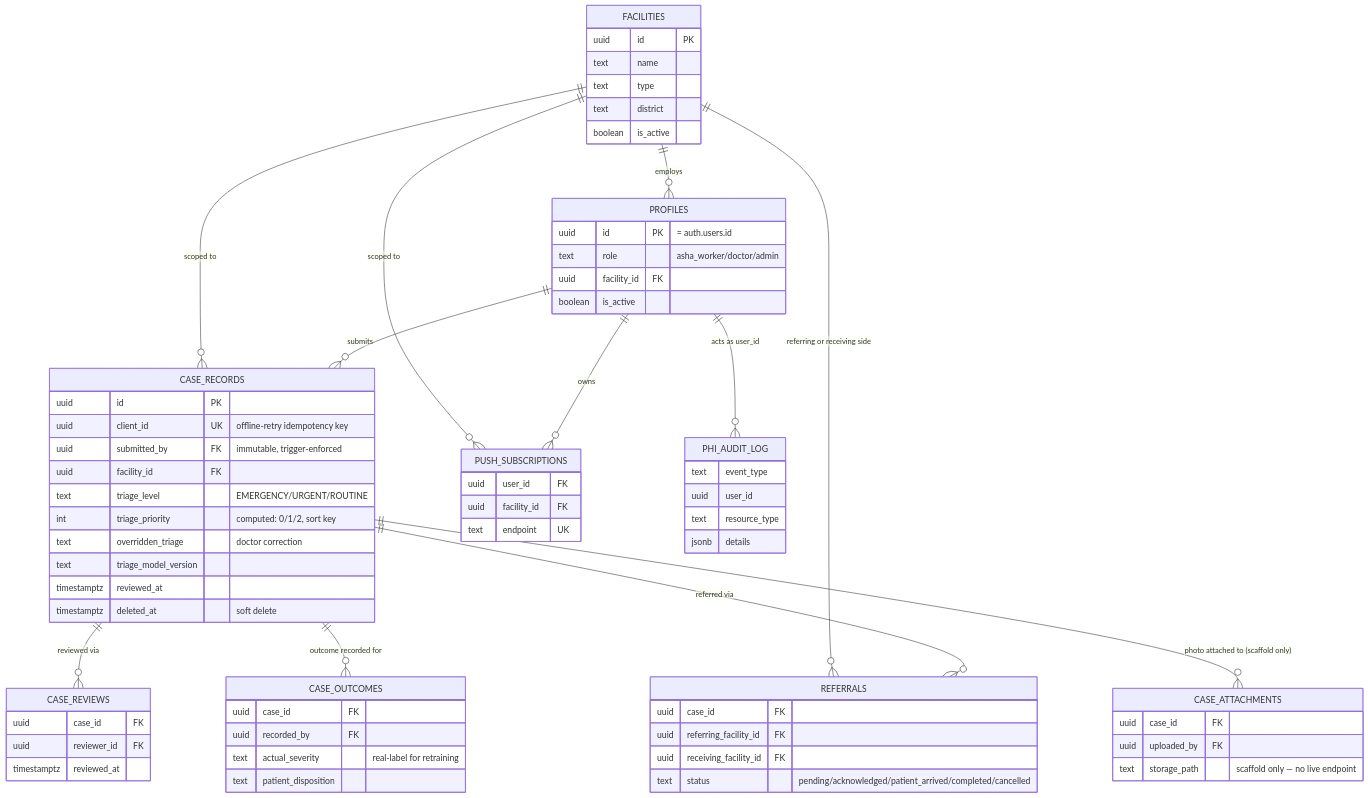
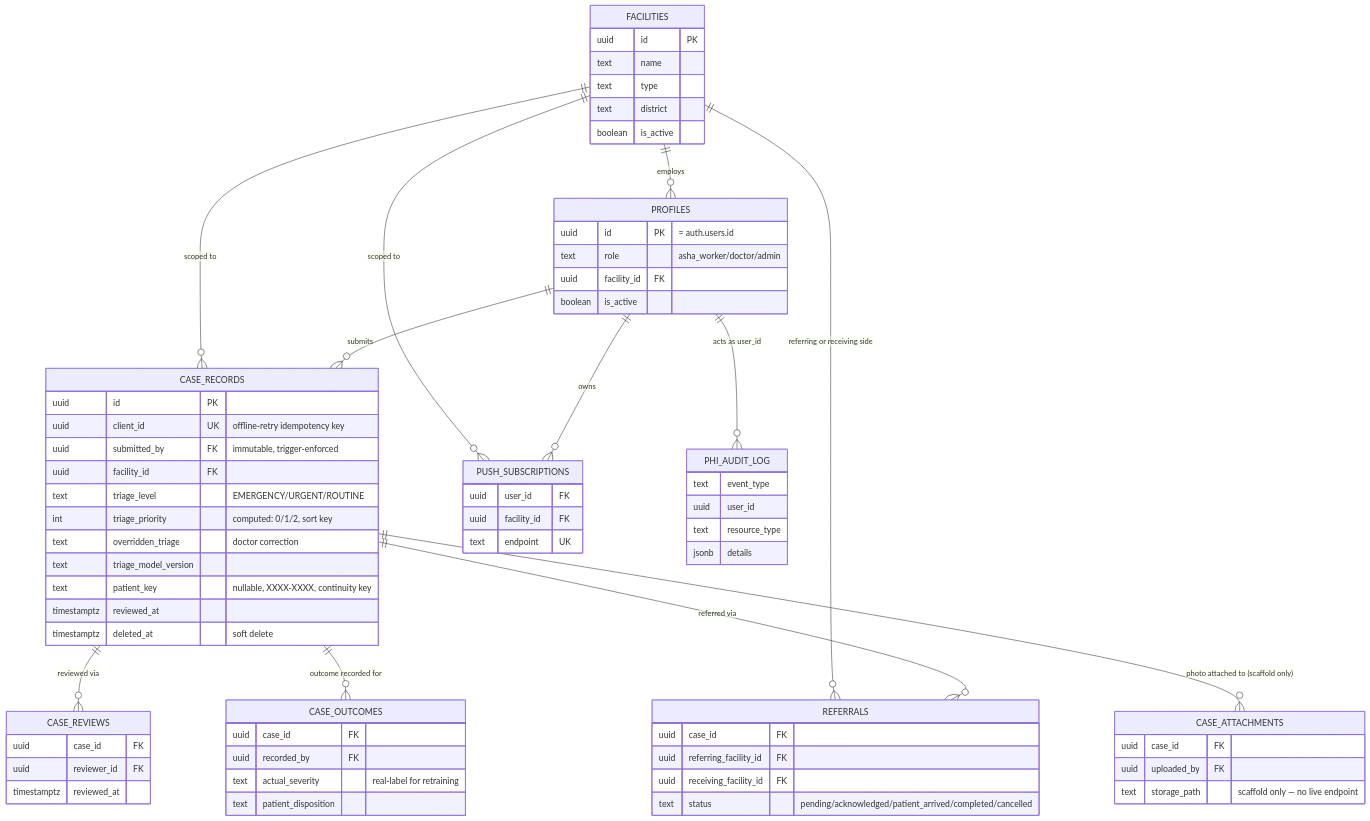
One commit to Lonely-Demon/VitalNet changed the third of 4 diagrams in CODEBASE_MAP.md. Above: the diagram before and after it, drawn with Mermaid. The commit also changed other lines of this file and 16 other files, not shown here.

````diff
--- a/CODEBASE_MAP.md
+++ b/CODEBASE_MAP.md
@@ -656,73 +674,74 @@
 ```mermaid
 erDiagram
     FACILITIES ||--o{ PROFILES : employs
     FACILITIES ||--o{ CASE_RECORDS : "scoped to"
     FACILITIES ||--o{ PUSH_SUBSCRIPTIONS : "scoped to"
     FACILITIES ||--o{ REFERRALS : "referring or receiving side"
     PROFILES ||--o{ CASE_RECORDS : submits
     PROFILES ||--o{ PUSH_SUBSCRIPTIONS : owns
     PROFILES ||--o{ PHI_AUDIT_LOG : "acts as user_id"
     CASE_RECORDS ||--o{ CASE_REVIEWS : "reviewed via"
     CASE_RECORDS ||--o{ CASE_OUTCOMES : "outcome recorded for"
     CASE_RECORDS ||--o{ REFERRALS : "referred via"
     CASE_RECORDS ||--o{ CASE_ATTACHMENTS : "photo attached to (scaffold only)"
 
     FACILITIES {
         uuid id PK
         text name
         text type
         text district
         boolean is_active
     }
     PROFILES {
         uuid id PK "= auth.users.id"
         text role "asha_worker/doctor/admin"
         uuid facility_id FK
         boolean is_active
     }
     CASE_RECORDS {
         uuid id PK
         uuid client_id UK "offline-retry idempotency key"
         uuid submitted_by FK "immutable, trigger-enforced"
         uuid facility_id FK
         text triage_level "EMERGENCY/URGENT/ROUTINE"
         int triage_priority "computed: 0/1/2, sort key"
         text overridden_triage "doctor correction"
         text triage_model_version
+        text patient_key "nullable, XXXX-XXXX, continuity key"
         timestamptz reviewed_at
         timestamptz deleted_at "soft delete"
     }
     CASE_REVIEWS {
         uuid case_id FK
         uuid reviewer_id FK
         timestamptz reviewed_at
     }
     CASE_OUTCOMES {
         uuid case_id FK
         uuid recorded_by FK
         text actual_severity "real-label for retraining"
         text patient_disposition
     }
     PHI_AUDIT_LOG {
         text event_type
         uuid user_id
         text resource_type
         jsonb details
     }
     PUSH_SUBSCRIPTIONS {
         uuid user_id FK
         uuid facility_id FK
         text endpoint UK
     }
     REFERRALS {
         uuid case_id FK
         uuid referring_facility_id FK
         uuid receiving_facility_id FK
         text status "pending/acknowledged/patient_arrived/completed/cancelled"
     }
     CASE_ATTACHMENTS {
         uuid case_id FK
         uuid uploaded_by FK
         text storage_path "scaffold only — no live endpoint"
     }
 ```
````
